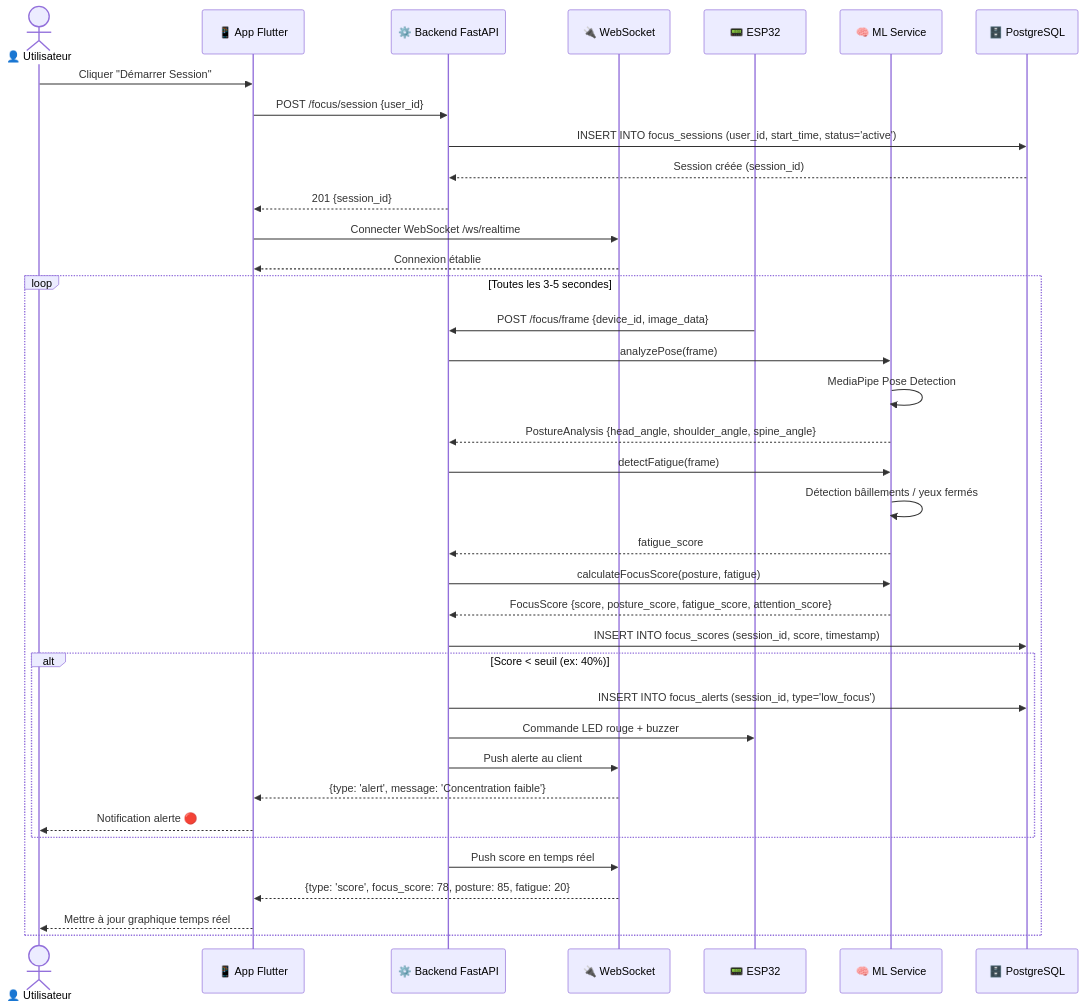
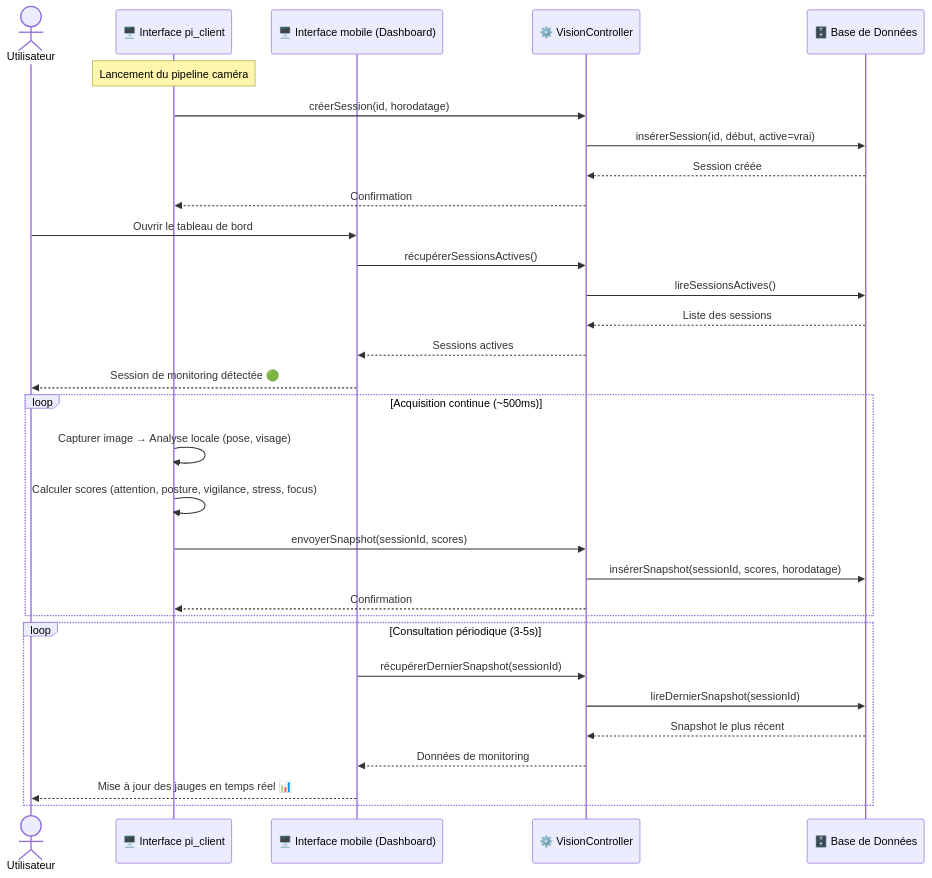
Before and after one commit to Jkacem/smart_focus: the fourth of 16 diagrams in docs/Conception_DiagrammeSequence.md, drawn with Mermaid. The commit also changed other lines of this file and 93 other files, not shown here.

````diff
--- a/docs/Conception_DiagrammeSequence.md
+++ b/docs/Conception_DiagrammeSequence.md
@@ -110,47 +108,38 @@
 ```mermaid
 sequenceDiagram
-    actor User as 👤 Utilisateur
-    participant App as 📱 App Flutter
-    participant API as ⚙️ Backend FastAPI
-    participant WS as 🔌 WebSocket
-    participant ESP as 📟 ESP32
-    participant ML as 🧠 ML Service
-    participant DB as 🗄️ PostgreSQL
+    actor Utilisateur
+    participant BP as 🖥️ Interface pi_client
+    participant BM as 🖥️ Interface mobile (Dashboard)
+    participant C as ⚙️ VisionController
+    participant E as 🗄️ Base de Données
 
-    User->>App: Cliquer "Démarrer Session"
-    App->>API: POST /focus/session {user_id}
-    API->>DB: INSERT INTO focus_sessions (user_id, start_time, status='active')
-    DB-->>API: Session créée (session_id)
-    API-->>App: 201 {session_id}
-    
-    App->>WS: Connecter WebSocket /ws/realtime
-    WS-->>App: Connexion établie
-    
-    loop Toutes les 3-5 secondes
-        ESP->>API: POST /focus/frame {device_id, image_data}
-        API->>ML: analyzePose(frame)
-        ML->>ML: MediaPipe Pose Detection
-        ML-->>API: PostureAnalysis {head_angle, shoulder_angle, spine_angle}
-        
-        API->>ML: detectFatigue(frame)
-        ML->>ML: Détection bâillements / yeux fermés
-        ML-->>API: fatigue_score
-        
-        API->>ML: calculateFocusScore(posture, fatigue)
-        ML-->>API: FocusScore {score, posture_score, fatigue_score, attention_score}
-        
-        API->>DB: INSERT INTO focus_scores (session_id, score, timestamp)
-        
-        alt Score < seuil (ex: 40%)
-            API->>DB: INSERT INTO focus_alerts (session_id, type='low_focus')
-            API->>ESP: Commande LED rouge + buzzer
-            API->>WS: Push alerte au client
-            WS-->>App: {type: 'alert', message: 'Concentration faible'}
-            App-->>User: Notification alerte 🔴
-        end
-        
-        API->>WS: Push score en temps réel
-        WS-->>App: {type: 'score', focus_score: 78, posture: 85, fatigue: 20}
-        App-->>User: Mettre à jour graphique temps réel
+    Note over BP: Lancement du pipeline caméra
+
+    BP->>C: créerSession(id, horodatage)
+    C->>E: insérerSession(id, début, active=vrai)
+    E-->>C: Session créée
+    C-->>BP: Confirmation
+
+    Utilisateur->>BM: Ouvrir le tableau de bord
+    BM->>C: récupérerSessionsActives()
+    C->>E: lireSessionsActives()
+    E-->>C: Liste des sessions
+    C-->>BM: Sessions actives
+    BM-->>Utilisateur: Session de monitoring détectée 🟢
+
+    loop Acquisition continue (~500ms)
+        BP->>BP: Capturer image → Analyse locale (pose, visage)
+        BP->>BP: Calculer scores (attention, posture, vigilance, stress, focus)
+        BP->>C: envoyerSnapshot(sessionId, scores)
+        C->>E: insérerSnapshot(sessionId, scores, horodatage)
+        C-->>BP: Confirmation
+    end
+
+    loop Consultation périodique (3-5s)
+        BM->>C: récupérerDernierSnapshot(sessionId)
+        C->>E: lireDernierSnapshot(sessionId)
+        E-->>C: Snapshot le plus récent
+        C-->>BM: Données de monitoring
+        BM-->>Utilisateur: Mise à jour des jauges en temps réel 📊
     end
 ```
````
